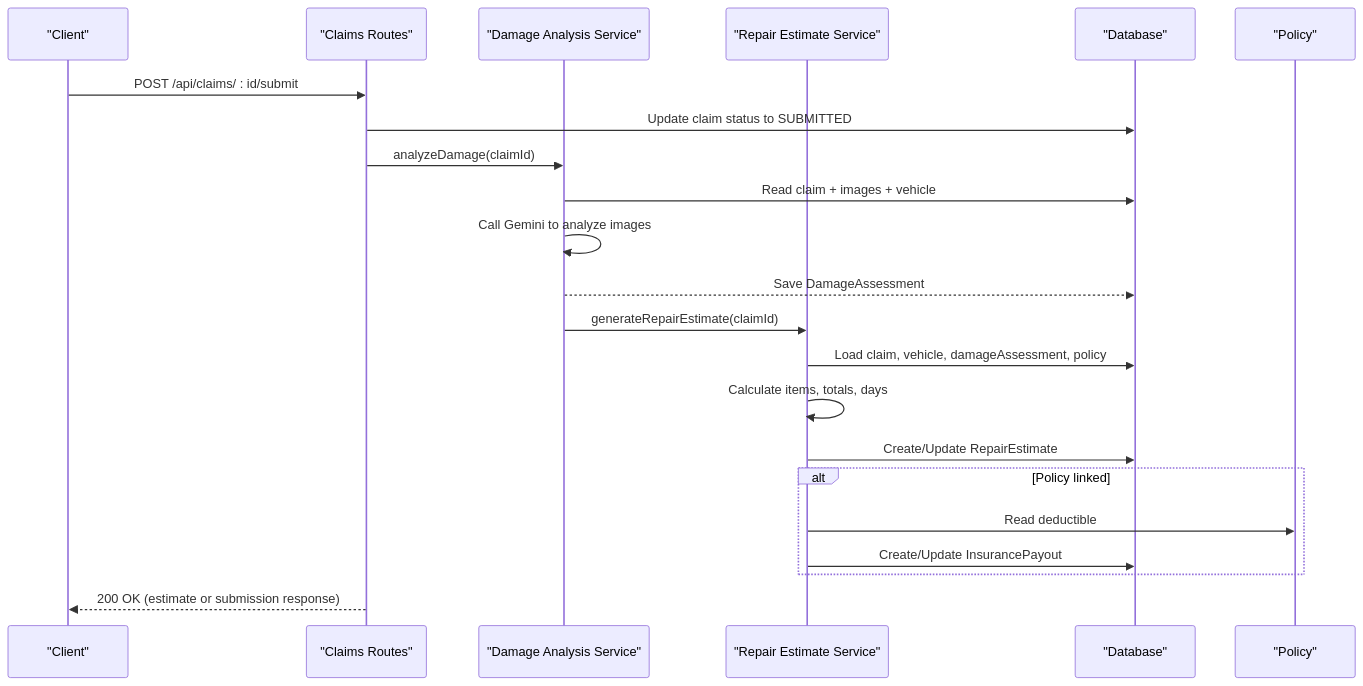
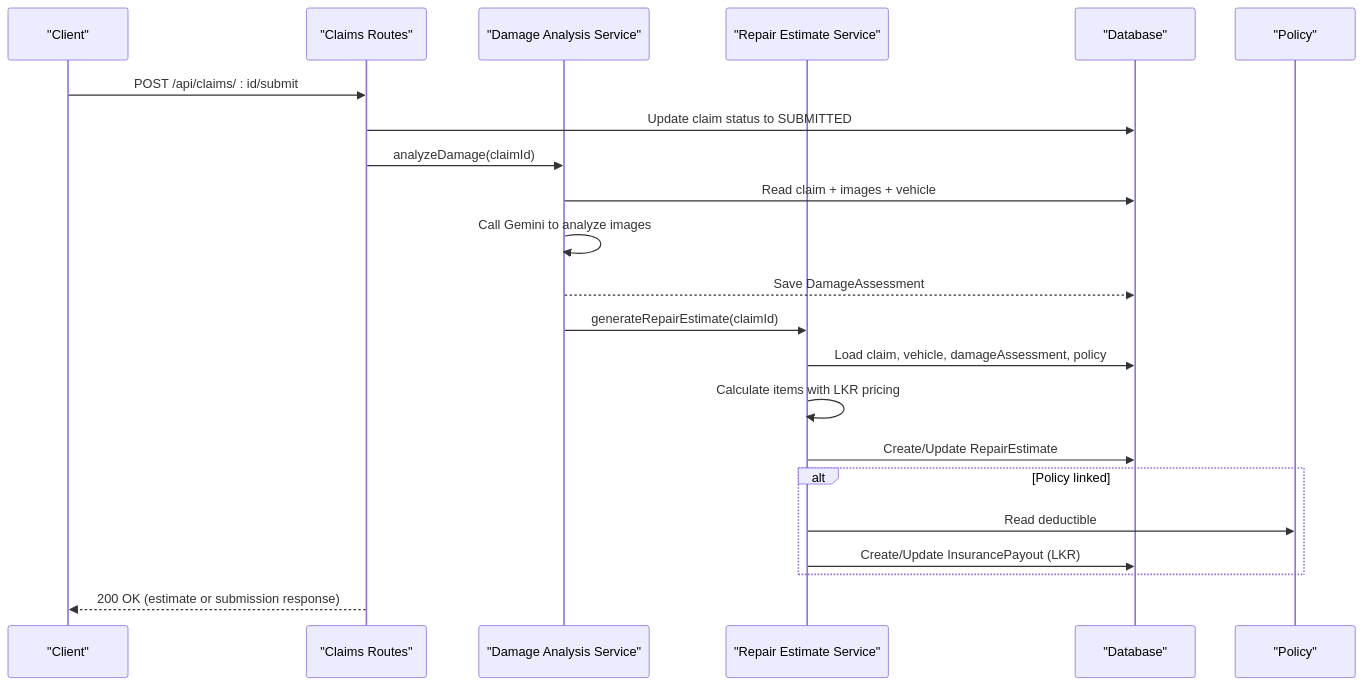
One commit to NaveenHiranya/Smart-Vehicle-Insurance-Claim-System changed the second of 6 diagrams in .qoder/repowiki/en/content/Backend Documentation/Business Logic & Services/Repair Estimate Service.md. Above: the diagram before and after it, drawn with Mermaid. The commit also changed other lines of this file and 9 other files, not shown here.

````diff
--- a/.qoder/repowiki/en/content/Backend Documentation/Business Logic & Services/Repair Estimate Service.md
+++ b/.qoder/repowiki/en/content/Backend Documentation/Business Logic & Services/Repair Estimate Service.md
@@ -85,24 +101,24 @@
 ```mermaid
 sequenceDiagram
 participant Client as "Client"
 participant API as "Claims Routes"
 participant DA as "Damage Analysis Service"
 participant RE as "Repair Estimate Service"
 participant DB as "Database"
 participant POL as "Policy"
 Client->>API : POST /api/claims/ : id/submit
 API->>DB : Update claim status to SUBMITTED
 API->>DA : analyzeDamage(claimId)
 DA->>DB : Read claim + images + vehicle
 DA->>DA : Call Gemini to analyze images
 DA-->>DB : Save DamageAssessment
 DA->>RE : generateRepairEstimate(claimId)
 RE->>DB : Load claim, vehicle, damageAssessment, policy
-RE->>RE : Calculate items, totals, days
+RE->>RE : Calculate items with LKR pricing
 RE->>DB : Create/Update RepairEstimate
 alt Policy linked
 RE->>POL : Read deductible
-RE->>DB : Create/Update InsurancePayout
+RE->>DB : Create/Update InsurancePayout (LKR)
 end
 API-->>Client : 200 OK (estimate or submission response)
 ```
````
